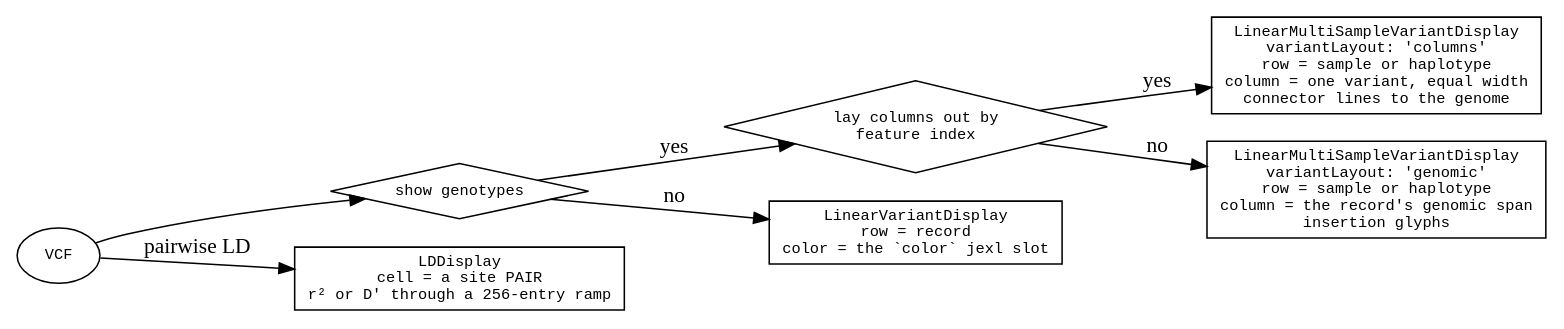
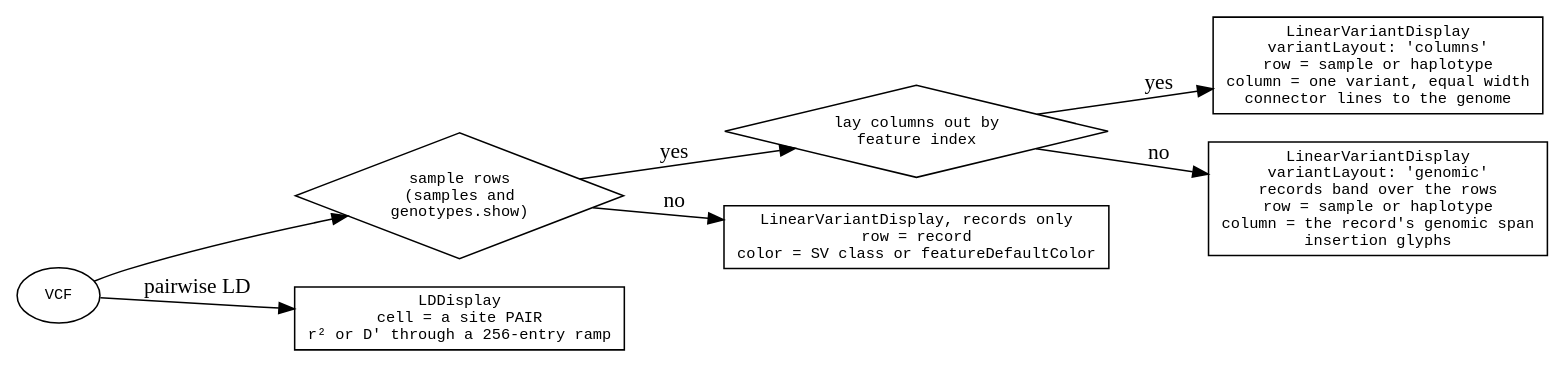
Before and after one commit to GMOD/jbrowse-components: the diagram in agent-docs/reference/diagrams/variants-displays.dot, drawn with Graphviz. The commit also changed 78 other files, not shown here.

First line of the commit message:
Configs, docs and scripts write LinearVariantDisplay, not the betas' name

```diff
--- a/agent-docs/reference/diagrams/variants-displays.dot
+++ b/agent-docs/reference/diagrams/variants-displays.dot
@@ -1,23 +1,23 @@
 digraph variant_displays {
   rankdir=LR
   node [shape=box fontname=monospace fontsize=10]
   { node [shape=diamond] genotypes; pattern }
 
   vcf [label="VCF", shape=oval]
   vcf -> genotypes
-  genotypes [label="show genotypes"]
+  genotypes [label="sample rows\n(samples and\ngenotypes.show)"]
   genotypes -> single  [label=" no"]
   genotypes -> pattern [label=" yes"]
 
-  single [label="LinearVariantDisplay\nrow = record\ncolor = the `color` jexl slot"]
+  single [label="LinearVariantDisplay, records only\nrow = record\ncolor = SV class or featureDefaultColor"]
 
   pattern [label="lay columns out by\nfeature index"]
   pattern -> matrix  [label=" yes"]
   pattern -> regular [label=" no"]
 
-  regular [label="LinearMultiSampleVariantDisplay\nvariantLayout: 'genomic'\nrow = sample or haplotype\ncolumn = the record's genomic span\ninsertion glyphs"]
-  matrix  [label="LinearMultiSampleVariantDisplay\nvariantLayout: 'columns'\nrow = sample or haplotype\ncolumn = one variant, equal width\nconnector lines to the genome"]
+  regular [label="LinearVariantDisplay\nvariantLayout: 'genomic'\nrecords band over the rows\nrow = sample or haplotype\ncolumn = the record's genomic span\ninsertion glyphs"]
+  matrix  [label="LinearVariantDisplay\nvariantLayout: 'columns'\nrow = sample or haplotype\ncolumn = one variant, equal width\nconnector lines to the genome"]
 
   ld [label="LDDisplay\ncell = a site PAIR\nr² or D' through a 256-entry ramp"]
   vcf -> ld [label=" pairwise LD"]
 }
```
